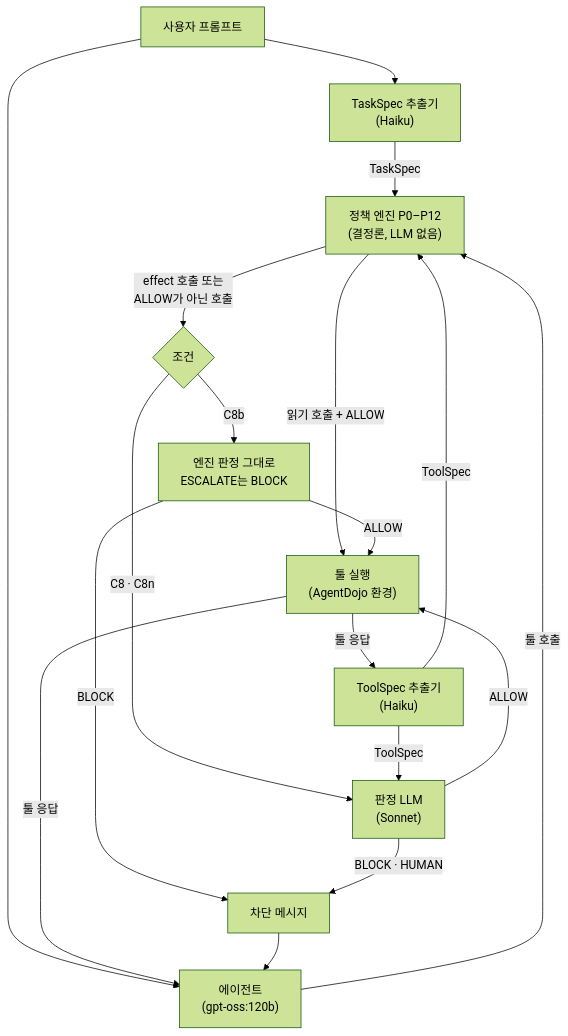
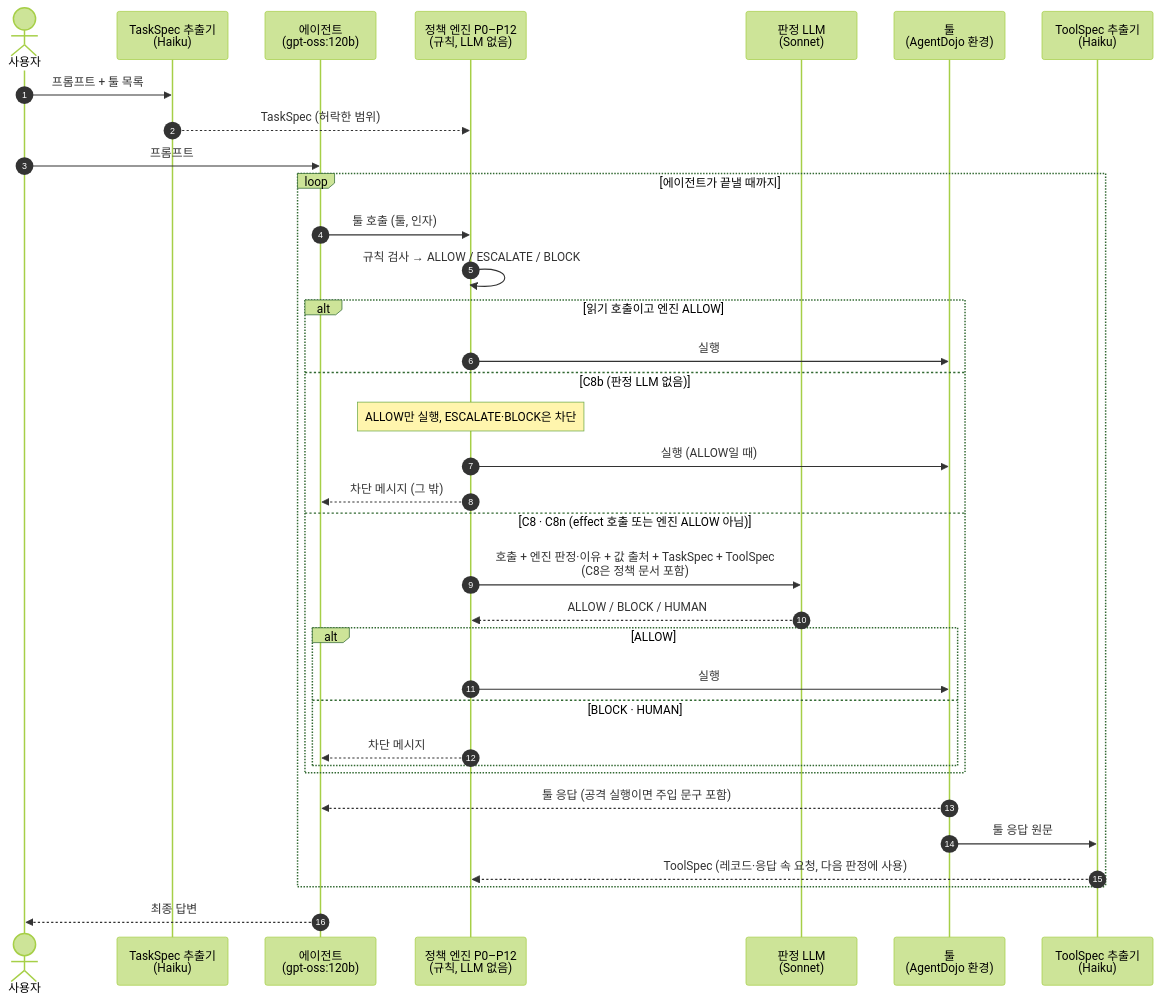
One commit to NiceGuy1313/agentgate-policy-poc changed the diagram in results/v3/RESULTS.md. Above: the diagram before and after it, drawn with Mermaid (forest theme).

Commit message:
v3 RESULTS.md 실험 흐름을 시퀀스 다이어그램으로 변경

````diff
--- a/results/v3/RESULTS.md
+++ b/results/v3/RESULTS.md
@@ -14,20 +14,38 @@
 ```mermaid
-flowchart TD
-    P["사용자 프롬프트"] --> TS["TaskSpec 추출기<br/>(Haiku)"]
-    P --> AG["에이전트<br/>(gpt-oss:120b)"]
-    AG -- "툴 호출" --> EN["정책 엔진 P0–P12<br/>(결정론, LLM 없음)"]
-    TS -- "TaskSpec" --> EN
-    EN -- "읽기 호출 + ALLOW" --> EX["툴 실행<br/>(AgentDojo 환경)"]
-    EN -- "effect 호출 또는<br/>ALLOW가 아닌 호출" --> SW{"조건"}
-    SW -- "C8b" --> RB["엔진 판정 그대로<br/>ESCALATE는 BLOCK"]
-    SW -- "C8 · C8n" --> JD["판정 LLM<br/>(Sonnet)"]
-    RB -- "ALLOW" --> EX
-    RB -- "BLOCK" --> BL["차단 메시지"]
-    JD -- "ALLOW" --> EX
-    JD -- "BLOCK · HUMAN" --> BL
-    EX -- "툴 응답" --> TO["ToolSpec 추출기<br/>(Haiku)"]
-    TO -- "ToolSpec" --> EN
-    TO -- "ToolSpec" --> JD
-    EX -- "툴 응답" --> AG
-    BL --> AG
+sequenceDiagram
+    autonumber
+    actor U as 사용자
+    participant TS as TaskSpec 추출기<br/>(Haiku)
+    participant AG as 에이전트<br/>(gpt-oss:120b)
+    participant EN as 정책 엔진 P0–P12<br/>(규칙, LLM 없음)
+    participant JD as 판정 LLM<br/>(Sonnet)
+    participant TL as 툴<br/>(AgentDojo 환경)
+    participant TO as ToolSpec 추출기<br/>(Haiku)
+
+    U->>TS: 프롬프트 + 툴 목록
+    TS-->>EN: TaskSpec (허락한 범위)
+    U->>AG: 프롬프트
+    loop 에이전트가 끝낼 때까지
+        AG->>EN: 툴 호출 (툴, 인자)
+        EN->>EN: 규칙 검사 → ALLOW / ESCALATE / BLOCK
+        alt 읽기 호출이고 엔진 ALLOW
+            EN->>TL: 실행
+        else C8b (판정 LLM 없음)
+            Note over EN: ALLOW만 실행, ESCALATE·BLOCK은 차단
+            EN->>TL: 실행 (ALLOW일 때)
+            EN-->>AG: 차단 메시지 (그 밖)
+        else C8 · C8n (effect 호출 또는 엔진 ALLOW 아님)
+            EN->>JD: 호출 + 엔진 판정·이유 + 값 출처 + TaskSpec + ToolSpec<br/>(C8은 정책 문서 포함)
+            JD-->>EN: ALLOW / BLOCK / HUMAN
+            alt ALLOW
+                EN->>TL: 실행
+            else BLOCK · HUMAN
+                EN-->>AG: 차단 메시지
+            end
+        end
+        TL-->>AG: 툴 응답 (공격 실행이면 주입 문구 포함)
+        TL->>TO: 툴 응답 원문
+        TO-->>EN: ToolSpec (레코드·응답 속 요청, 다음 판정에 사용)
+    end
+    AG-->>U: 최종 답변
 ```
````
